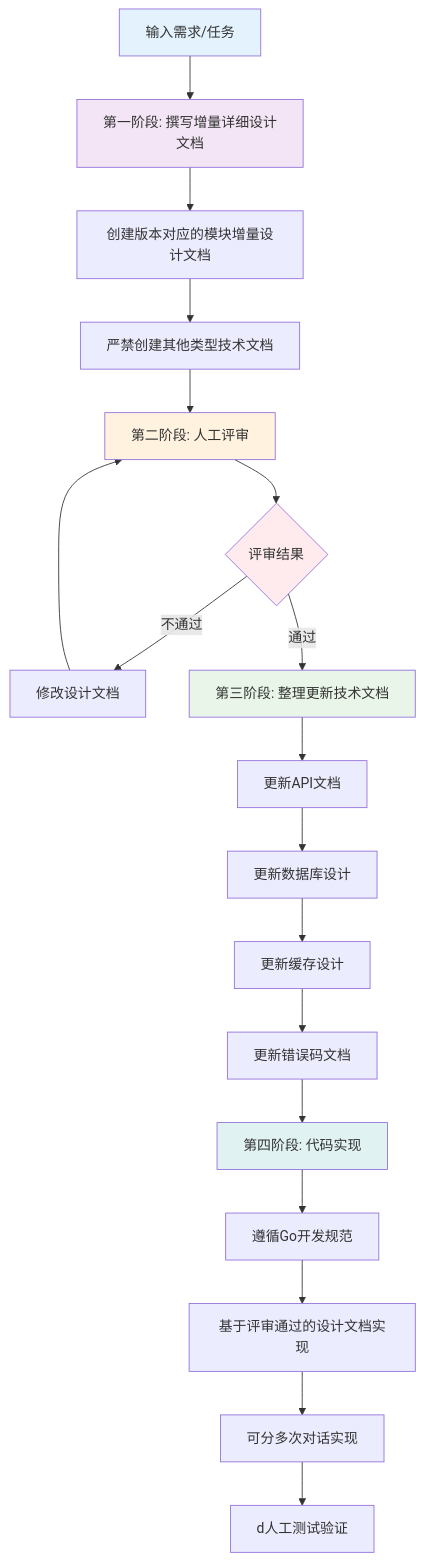
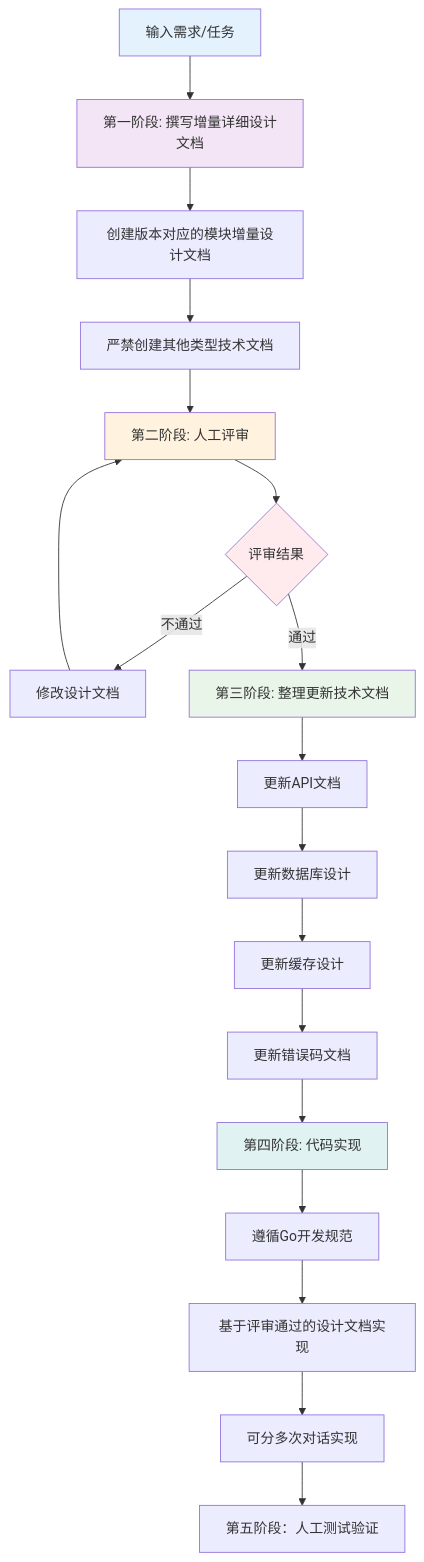
The diagram in all/未命名-1.md (yingjianzh/iodraw-files), drawn with Mermaid before and after one commit.

Commit message:
2025-10-22 17:37:41 update

````diff
--- a/all/未命名-1.md
+++ b/all/未命名-1.md
@@ -1,29 +1,29 @@
 ```mermaid
 
 flowchart TD
     A[输入需求/任务] --> B[第一阶段: 撰写增量详细设计文档]
     B --> C[创建版本对应的模块增量设计文档]
     C --> D[严禁创建其他类型技术文档]
     D --> E[第二阶段: 人工评审]
     E --> F{评审结果}
     F -->|不通过| G[修改设计文档]
     G --> E
     F -->|通过| H[第三阶段: 整理更新技术文档]
     H --> I[更新API文档]
     I --> J[更新数据库设计]
     J --> K[更新缓存设计]
     K --> L[更新错误码文档]
     L --> M[第四阶段: 代码实现]
     M --> N[遵循Go开发规范]
     N --> O[基于评审通过的设计文档实现]
     O --> P[可分多次对话实现]
-    P --> R[d人工测试验证]
+    P --> R[第五阶段：人工测试验证]
     
     style A fill:#e3f2fd
     style B fill:#f3e5f5
     style E fill:#fff3e0
     style F fill:#ffebee
     style H fill:#e8f5e8
     style M fill:#e0f2f1
 
 ```
````
